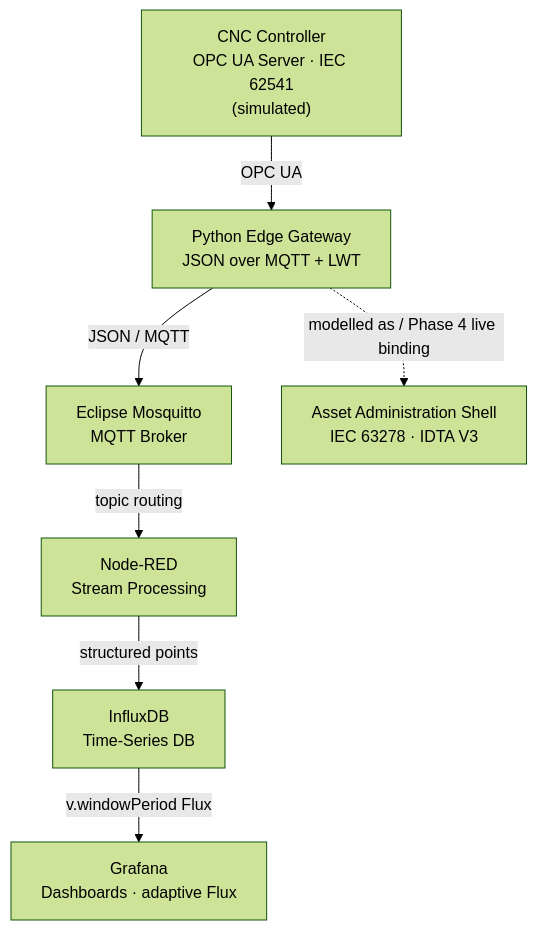
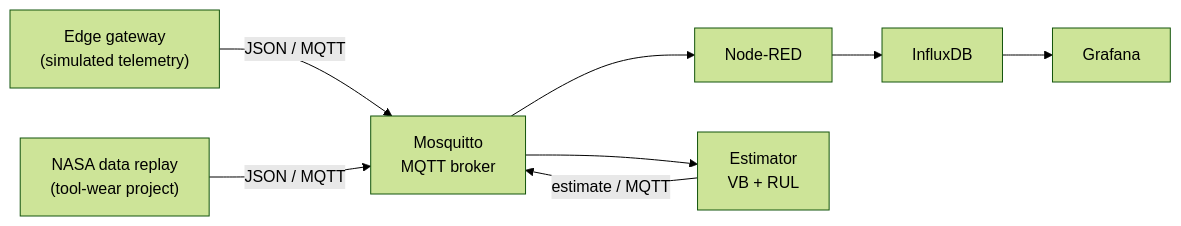
One commit to nitin-iiot/IIoT-Edge-Telemetry-Pipeline changed the diagram in README.md. Above: the diagram before and after it, drawn with Mermaid (forest theme). The commit also changed other lines of this file, not shown here.

First line of the commit message:
Revise README for project title and details

````diff
--- a/README.md
+++ b/README.md
@@ -26,17 +84,15 @@
 ```mermaid
-flowchart TD
-    PLC["CNC Controller<br/>OPC UA Server · IEC 62541<br/>(simulated)"]
-    GW["Python Edge Gateway<br/>JSON over MQTT + LWT"]
-    BROKER["Eclipse Mosquitto<br/>MQTT Broker"]
-    NR["Node-RED<br/>Stream Processing"]
-    DB["InfluxDB<br/>Time-Series DB"]
-    GRAF["Grafana<br/>Dashboards · adaptive Flux"]
-    AAS["Asset Administration Shell<br/>IEC 63278 · IDTA V3"]
+flowchart LR
+    SIM["Edge gateway<br/>(simulated telemetry)"]
+    REPLAY["NASA data replay<br/>(tool-wear project)"]
+    BROKER["Mosquitto<br/>MQTT broker"]
+    NR["Node-RED"]
+    DB["InfluxDB"]
+    GRAF["Grafana"]
+    EST["Estimator<br/>VB + RUL"]
 
-    PLC -- "OPC UA" --> GW
-    GW -- "JSON / MQTT" --> BROKER
-    BROKER -- "topic routing" --> NR
-    NR -- "structured points" --> DB
-    DB -- "v.windowPeriod Flux" --> GRAF
-    GW -. "modelled as / Phase 4 live binding" .-> AAS
+    SIM -- "JSON / MQTT" --> BROKER
+    REPLAY -- "JSON / MQTT" --> BROKER
+    BROKER --> NR --> DB --> GRAF
+    BROKER --> EST -- "estimate / MQTT" --> BROKER
 ```
````
